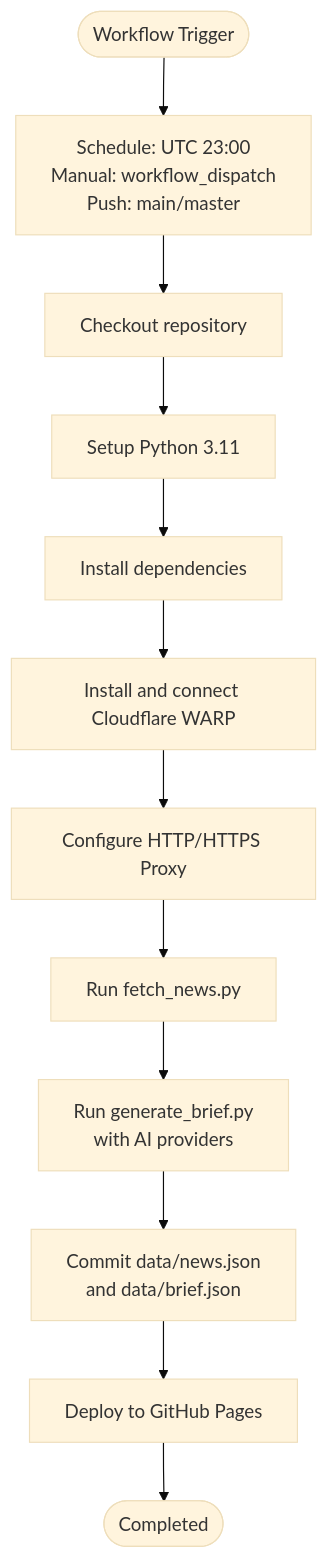
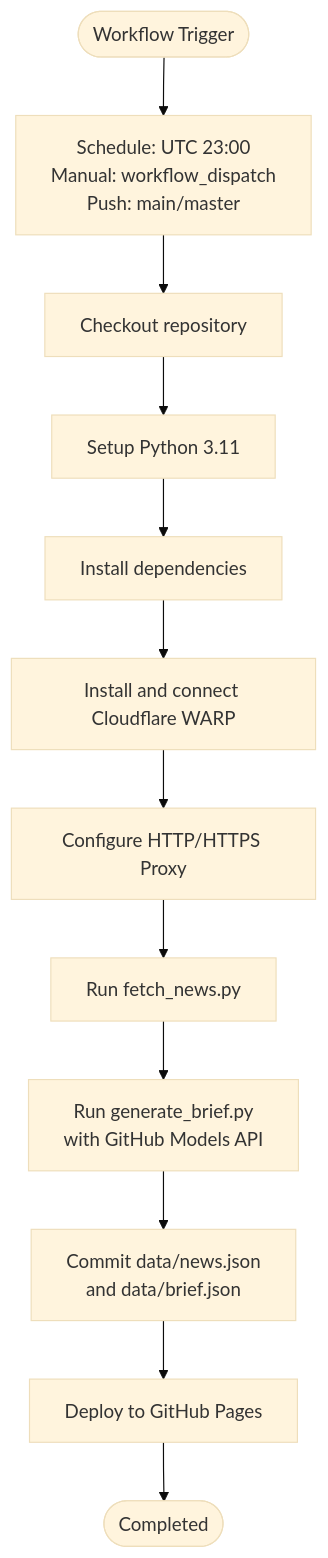
The third of 8 diagrams in .qoder/repowiki/en/content/Deployment & Automation.md (junxie01/daily_news), drawn with Mermaid (base theme) before and after one commit. The commit also changed other lines of this file and 2 other files, not shown here.

````diff
--- a/.qoder/repowiki/en/content/Deployment & Automation.md
+++ b/.qoder/repowiki/en/content/Deployment & Automation.md
@@ -173,14 +173,14 @@
 ```mermaid
 flowchart TD
 Start(["Workflow Trigger"]) --> S1["Schedule: UTC 23:00<br/>Manual: workflow_dispatch<br/>Push: main/master"]
 S1 --> S2["Checkout repository"]
 S2 --> S3["Setup Python 3.11"]
 S3 --> S4["Install dependencies"]
 S4 --> S5["Install and connect Cloudflare WARP"]
 S5 --> S6["Configure HTTP/HTTPS Proxy"]
 S6 --> S7["Run fetch_news.py"]
-S7 --> S8["Run generate_brief.py<br/>with AI providers"]
+S7 --> S8["Run generate_brief.py<br/>with GitHub Models API"]
 S8 --> S9["Commit data/news.json<br/>and data/brief.json"]
 S9 --> S10["Deploy to GitHub Pages"]
 S10 --> End(["Completed"])
 ```
````
